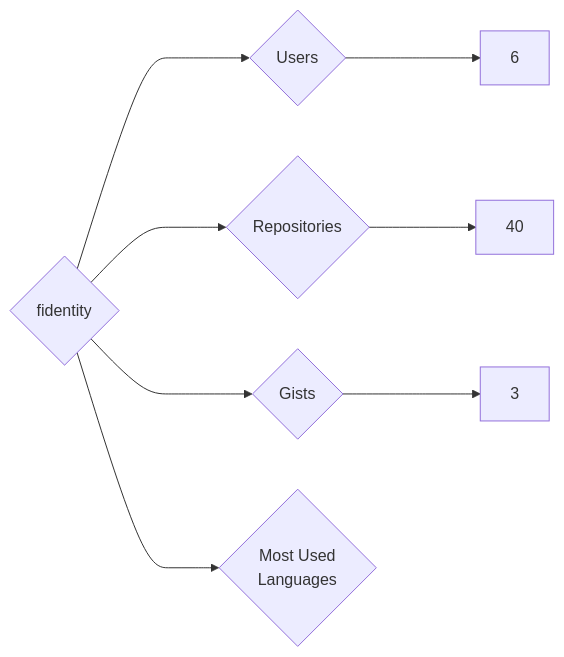
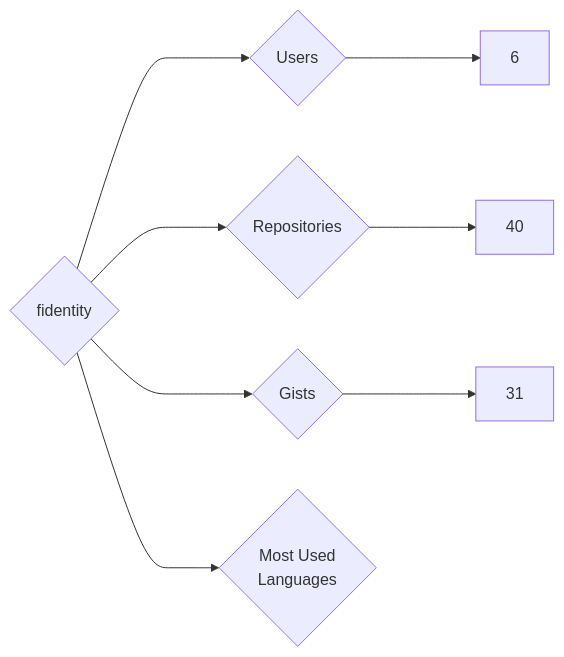
One commit to nenadzaric/insiders changed the diagram in targets/fidentity/README.md. Above: the diagram before and after it, drawn with Mermaid. The commit also changed 1342 other files, not shown here.

````diff
--- a/targets/fidentity/README.md
+++ b/targets/fidentity/README.md
@@ -3,8 +3,8 @@
 ```mermaid
 graph LR
 COMPANY_NAME{fidentity}
 COMPANY_NAME ---> U{Users} ---> UN[6]
 COMPANY_NAME ---> R{Repositories} ---> RN[40]
-COMPANY_NAME ---> G{Gists} ---> GN[3]
+COMPANY_NAME ---> G{Gists} ---> GN[31]
 COMPANY_NAME ---> ML{Most Used<br>Languages}
 ```
````
